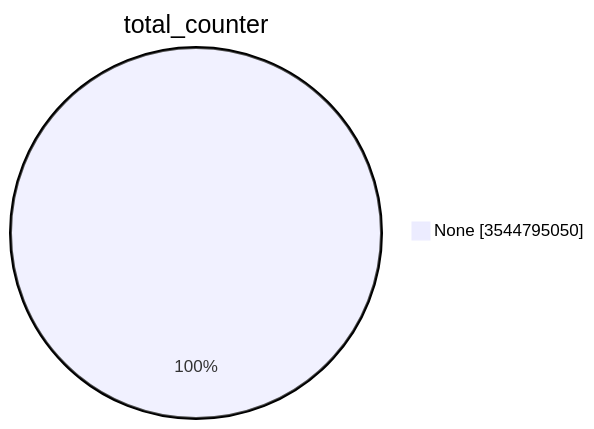
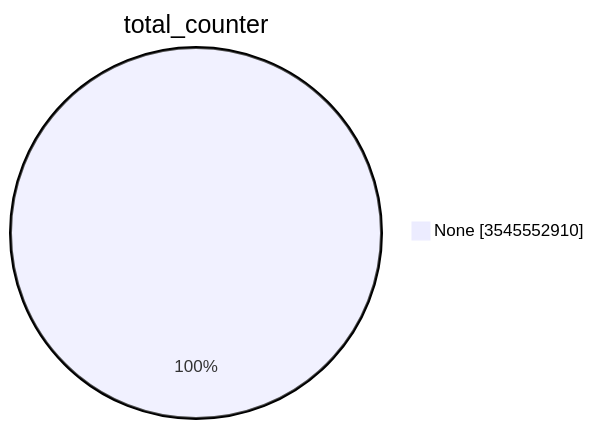
One commit to christiankrug/ctmonitor_visualization changed the first of 15 diagrams in TOTAL/README.md. Above: the diagram before and after it, drawn with Mermaid. The commit also changed other lines of this file, not shown here.

````diff
--- a/TOTAL/README.md
+++ b/TOTAL/README.md
@@ -1,5 +1,5 @@
 ```mermaid
 pie showData
 title total_counter
-"None" :3544795050
+"None" :3545552910
 ```
````
